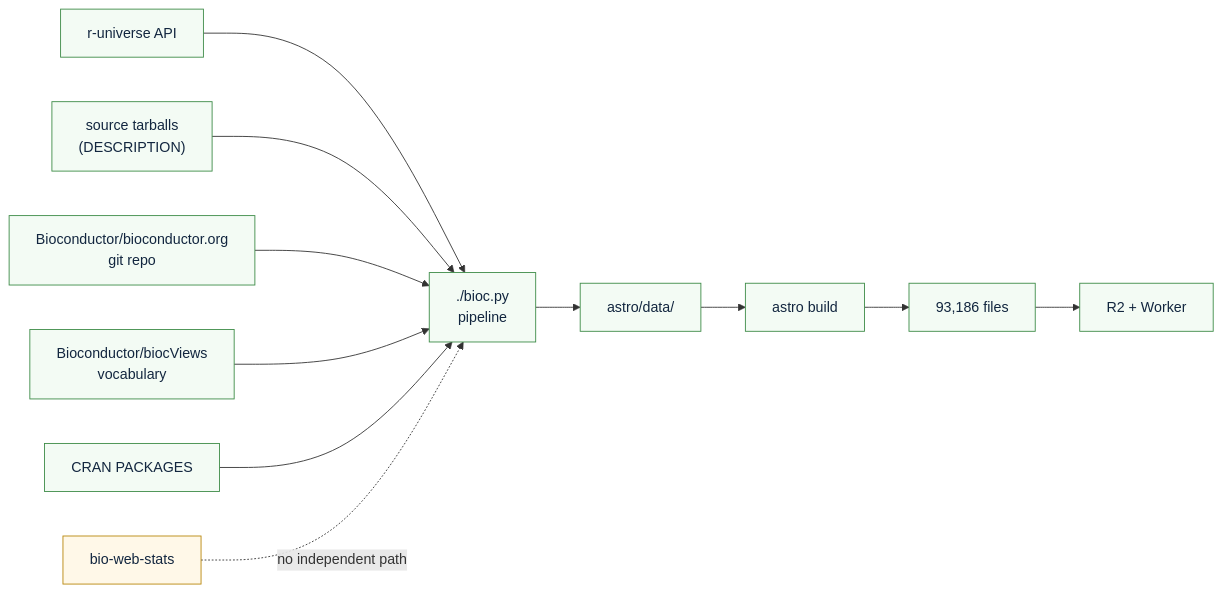
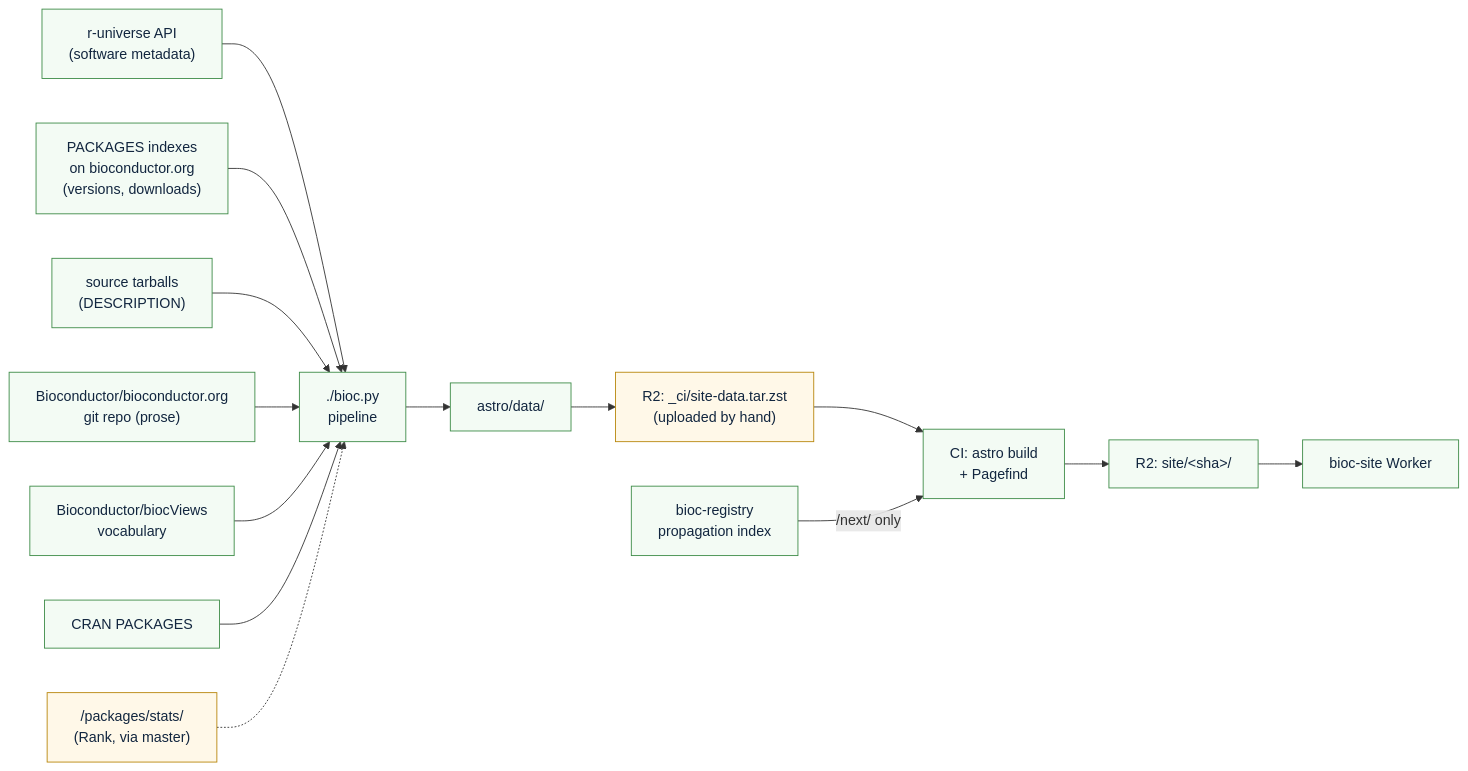
The diagram in astro-site-build.qmd (seandavi/bioc-infrastructure), drawn with Mermaid before and after one commit. The commit also changed other lines of this file and 1 other file, not shown here.

First line of the commit message:
Docs: astro-site-build and propagation-gate describe today

````diff
--- a/astro-site-build.qmd
+++ b/astro-site-build.qmd
@@ -18,18 +136,21 @@
 ```{mermaid}
 flowchart LR
-  RU["r-universe API"] --> P
+  RU["r-universe API<br/>(software metadata)"] --> P
+  PK["PACKAGES indexes<br/>on bioconductor.org<br/>(versions, downloads)"] --> P
   TB["source tarballs<br/>(DESCRIPTION)"] --> P
-  GH["Bioconductor/bioconductor.org<br/>git repo"] --> P
+  GH["Bioconductor/bioconductor.org<br/>git repo (prose)"] --> P
   BV["Bioconductor/biocViews<br/>vocabulary"] --> P
   CR["CRAN PACKAGES"] --> P
-  WS["bio-web-stats"] -.->|no independent path| P
+  WS["/packages/stats/<br/>(Rank, via master)"] -.-> P
   P["./bioc.py<br/>pipeline"] --> D["astro/data/"]
-  D --> A["astro build"]
-  A --> O["93,186 files"]
-  O --> R2["R2 + Worker"]
+  D --> S["R2: _ci/site-data.tar.zst<br/>(uploaded by hand)"]
+  S --> A["CI: astro build<br/>+ Pagefind"]
+  REG["bioc-registry<br/>propagation index"] -->|/next/ only| A
+  A --> O["R2: site/&lt;sha&gt;/"]
+  O --> W["bioc-site Worker"]
 
   classDef ok fill:#f3fbf4,stroke:#3d8b47,color:#12263f
   classDef q fill:#fff8e8,stroke:#b8860b,color:#12263f
-  class RU,TB,GH,BV,CR,P,D,A,O,R2 ok
-  class WS q
+  class RU,PK,TB,GH,BV,CR,P,D,A,O,W,REG ok
+  class WS,S q
 ```
````
